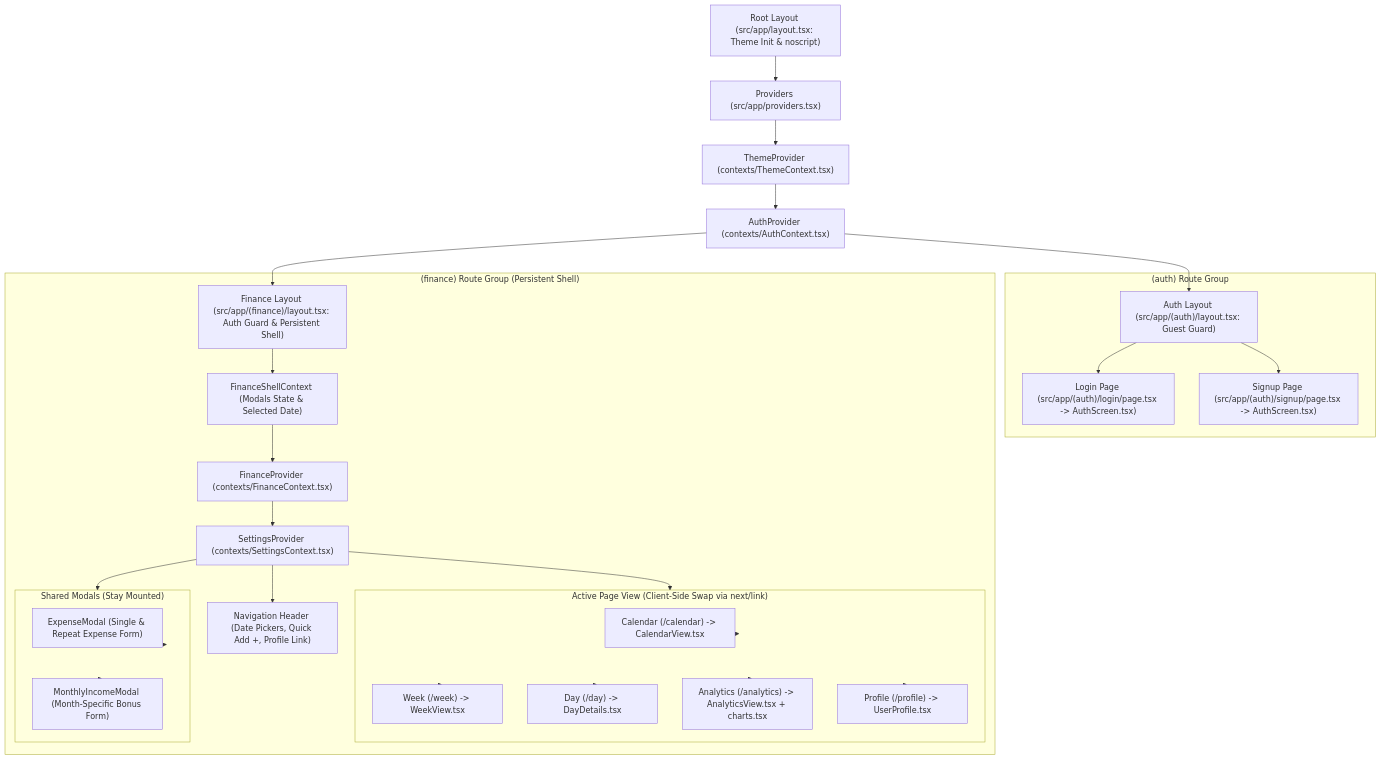
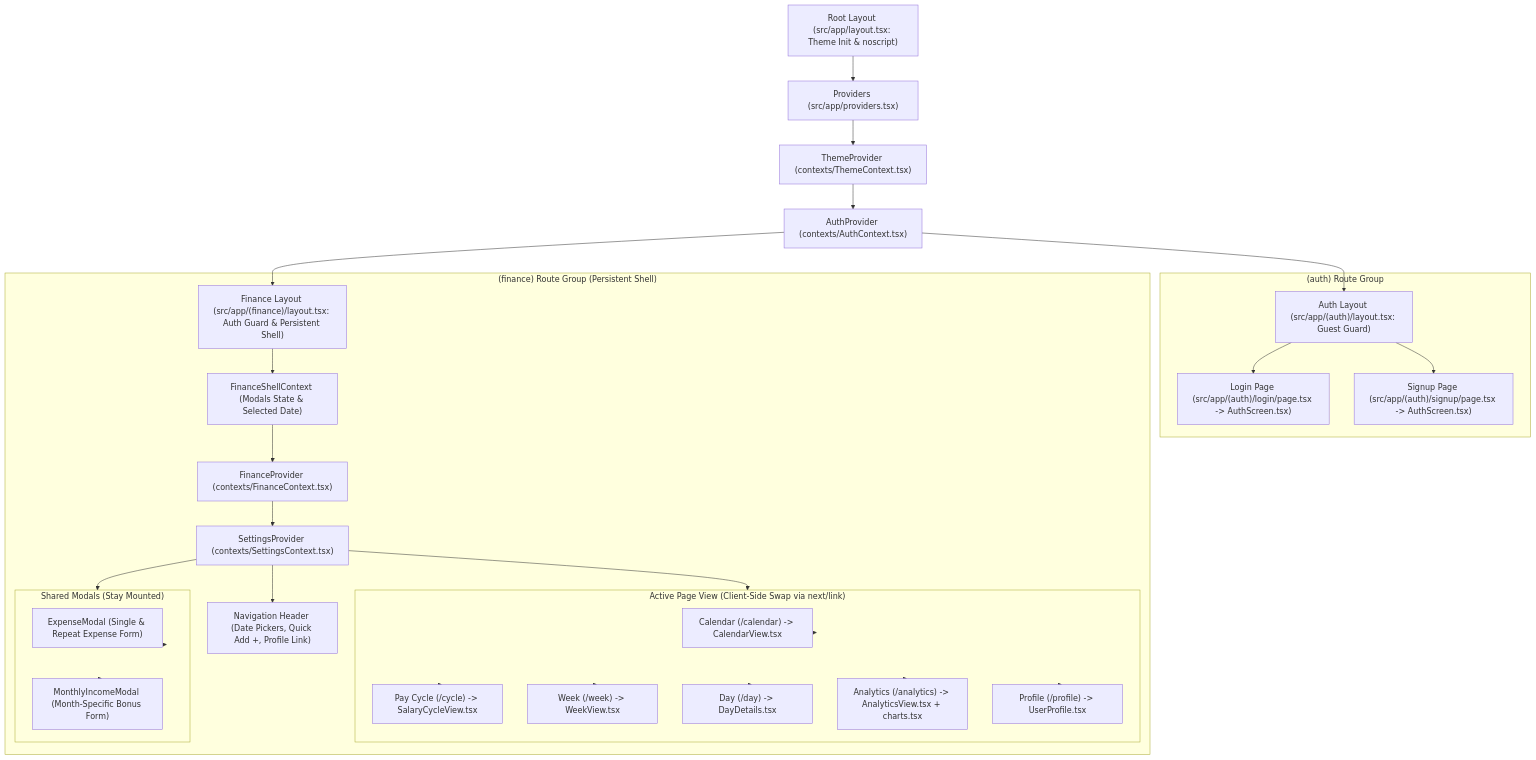
The first of 5 diagrams in docs/04-source-code-architecture.md (nnminh-sam/my_finance), drawn with Mermaid before and after one commit. The commit also changed other lines of this file and 27 other files, not shown here.

First line of the commit message:
docs: sync architecture docs with salary cycle, date-range loading, and current layout

````diff
--- a/docs/04-source-code-architecture.md
+++ b/docs/04-source-code-architecture.md
@@ -13,44 +13,45 @@
 ```mermaid
 flowchart TB
     RootLayout["Root Layout (src/app/layout.tsx: Theme Init & noscript)"]
     Providers["Providers (src/app/providers.tsx)"]
     ThemeProv["ThemeProvider (contexts/ThemeContext.tsx)"]
     AuthProv["AuthProvider (contexts/AuthContext.tsx)"]
 
     subgraph AuthGroup["(auth) Route Group"]
         AuthLayout["Auth Layout (src/app/(auth)/layout.tsx: Guest Guard)"]
         LoginView["Login Page (src/app/(auth)/login/page.tsx -> AuthScreen.tsx)"]
         SignupView["Signup Page (src/app/(auth)/signup/page.tsx -> AuthScreen.tsx)"]
     end
 
     subgraph FinanceGroup["(finance) Route Group (Persistent Shell)"]
         FinLayout["Finance Layout (src/app/(finance)/layout.tsx: Auth Guard & Persistent Shell)"]
         FinShellCtx["FinanceShellContext (Modals State & Selected Date)"]
         FinProv["FinanceProvider (contexts/FinanceContext.tsx)"]
         SetProv["SettingsProvider (contexts/SettingsContext.tsx)"]
         FinHeader["Navigation Header (Date Pickers, Quick Add +, Profile Link)"]
         
         subgraph ActivePageView["Active Page View (Client-Side Swap via next/link)"]
             CalPage["Calendar (/calendar) -> CalendarView.tsx"]
+            CycPage["Pay Cycle (/cycle) -> SalaryCycleView.tsx"]
             WkPage["Week (/week) -> WeekView.tsx"]
             DayPage["Day (/day) -> DayDetails.tsx"]
             AnaPage["Analytics (/analytics) -> AnalyticsView.tsx + charts.tsx"]
             ProfPage["Profile (/profile) -> UserProfile.tsx"]
         end
 
         subgraph PersistentModals["Shared Modals (Stay Mounted)"]
             ExpModal["ExpenseModal (Single & Repeat Expense Form)"]
             IncModal["MonthlyIncomeModal (Month-Specific Bonus Form)"]
         end
     end
 
     RootLayout --> Providers
     Providers --> ThemeProv --> AuthProv
     AuthProv --> AuthLayout
     AuthProv --> FinLayout
     AuthLayout --> LoginView & SignupView
     FinLayout --> FinShellCtx --> FinProv --> SetProv
     SetProv --> FinHeader & ActivePageView & PersistentModals
     PersistentModals --> ExpModal & IncModal
-    ActivePageView --> CalPage & WkPage & DayPage & AnaPage & ProfPage
+    ActivePageView --> CalPage & CycPage & WkPage & DayPage & AnaPage & ProfPage
 ```
````
